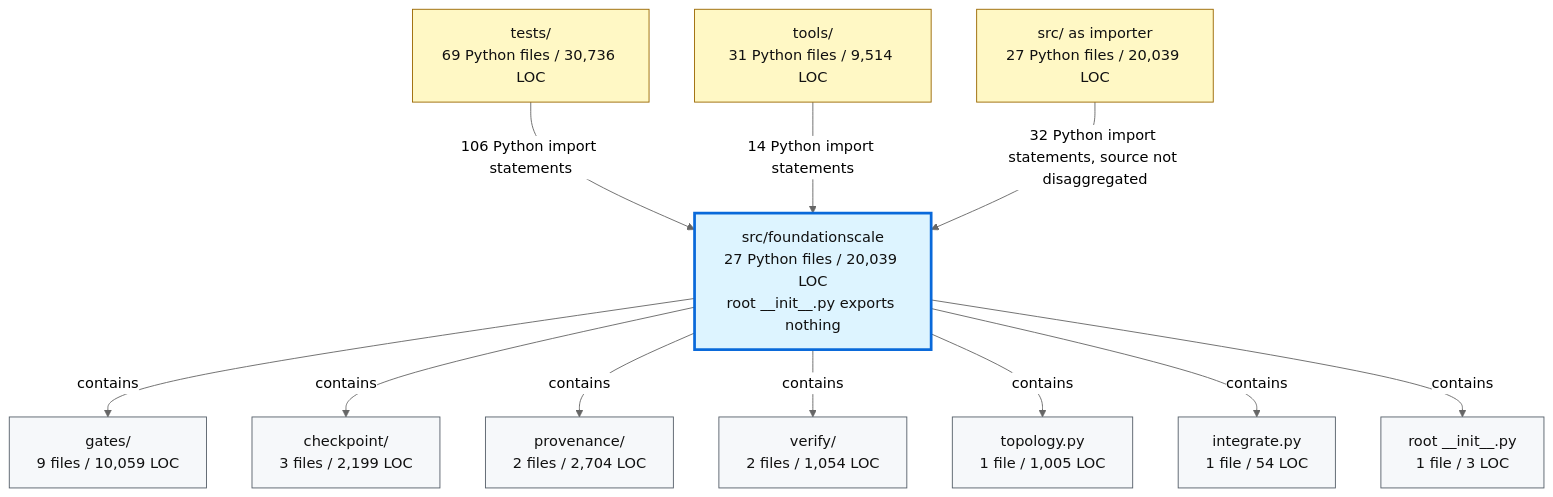
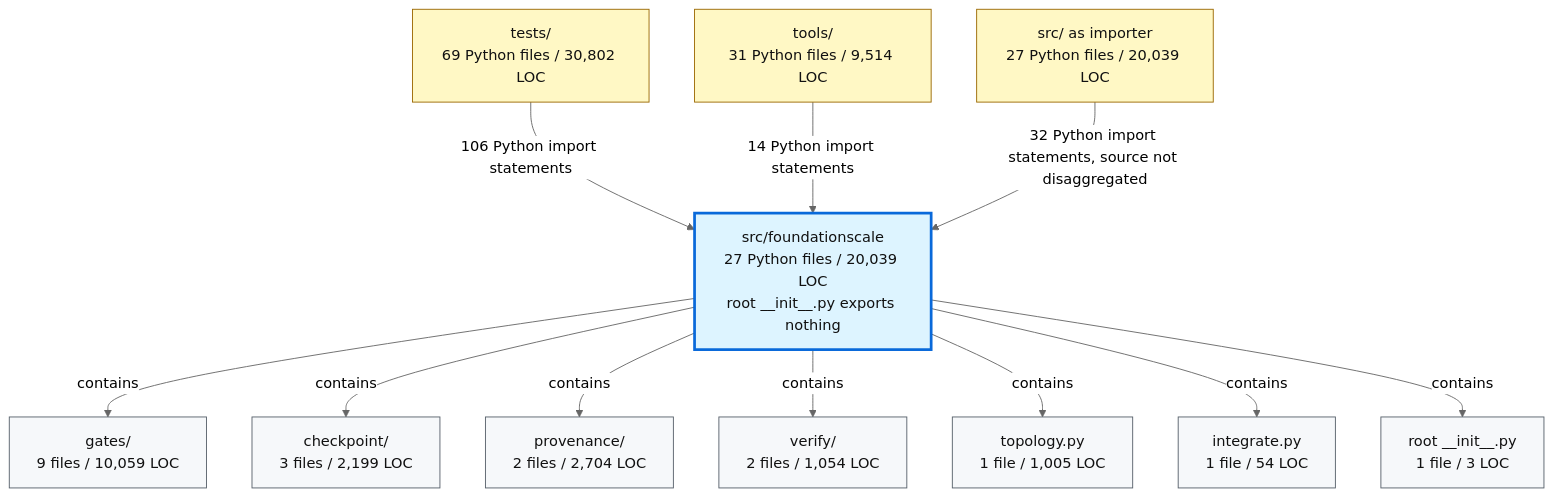
One commit to TranNhiem/FoundationScale changed the second of 2 diagrams in docs/review/D2_current_architecture.md. Above: the diagram before and after it, drawn with Mermaid (neutral theme). The commit also changed 8 other files, not shown here.

````diff
--- a/docs/review/D2_current_architecture.md
+++ b/docs/review/D2_current_architecture.md
@@ -97,36 +97,36 @@
 ```mermaid
 flowchart TB
-  TESTS["tests/<br/>69 Python files / 30,736 LOC"]
+  TESTS["tests/<br/>69 Python files / 30,802 LOC"]
   TOOLS["tools/<br/>31 Python files / 9,514 LOC"]
   SRC["src/ as importer<br/>27 Python files / 20,039 LOC"]
 
   FS["src/foundationscale<br/>27 Python files / 20,039 LOC<br/>root __init__.py exports nothing"]
 
   GATES["gates/<br/>9 files / 10,059 LOC"]
   CKPT["checkpoint/<br/>3 files / 2,199 LOC"]
   PROV["provenance/<br/>2 files / 2,704 LOC"]
   VERIFY["verify/<br/>2 files / 1,054 LOC"]
   TOPO["topology.py<br/>1 file / 1,005 LOC"]
   INTEG["integrate.py<br/>1 file / 54 LOC"]
   ROOT["root __init__.py<br/>1 file / 3 LOC"]
 
   TESTS -->|"106 Python import statements"| FS
   TOOLS -->|"14 Python import statements"| FS
   SRC -->|"32 Python import statements, source not disaggregated"| FS
 
   FS -->|"contains"| GATES
   FS -->|"contains"| CKPT
   FS -->|"contains"| PROV
   FS -->|"contains"| VERIFY
   FS -->|"contains"| TOPO
   FS -->|"contains"| INTEG
   FS -->|"contains"| ROOT
 
   classDef consumer fill:#fff8c5,stroke:#9a6700,color:#111;
   classDef package fill:#ddf4ff,stroke:#0969da,stroke-width:3px,color:#111;
   classDef module fill:#f6f8fa,stroke:#57606a,color:#111;
 
   class TESTS,TOOLS,SRC consumer;
   class FS package;
   class GATES,CKPT,PROV,VERIFY,TOPO,INTEG,ROOT module;
 ```
````
